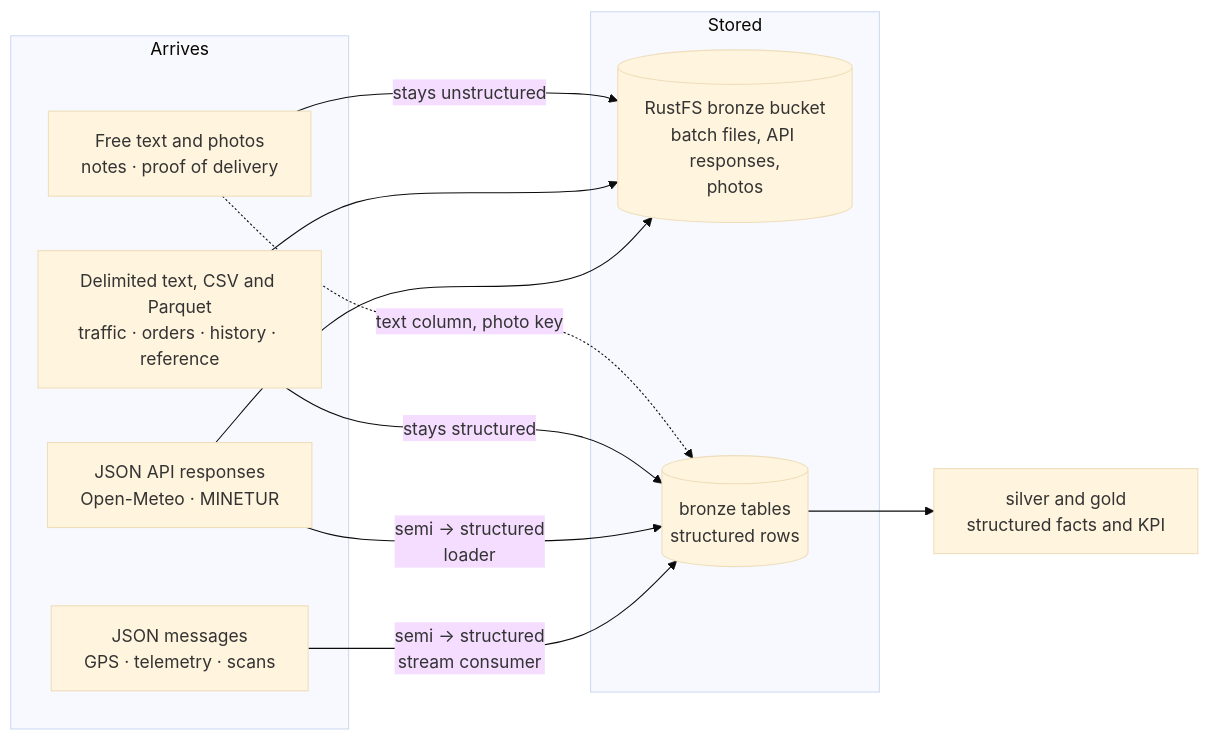
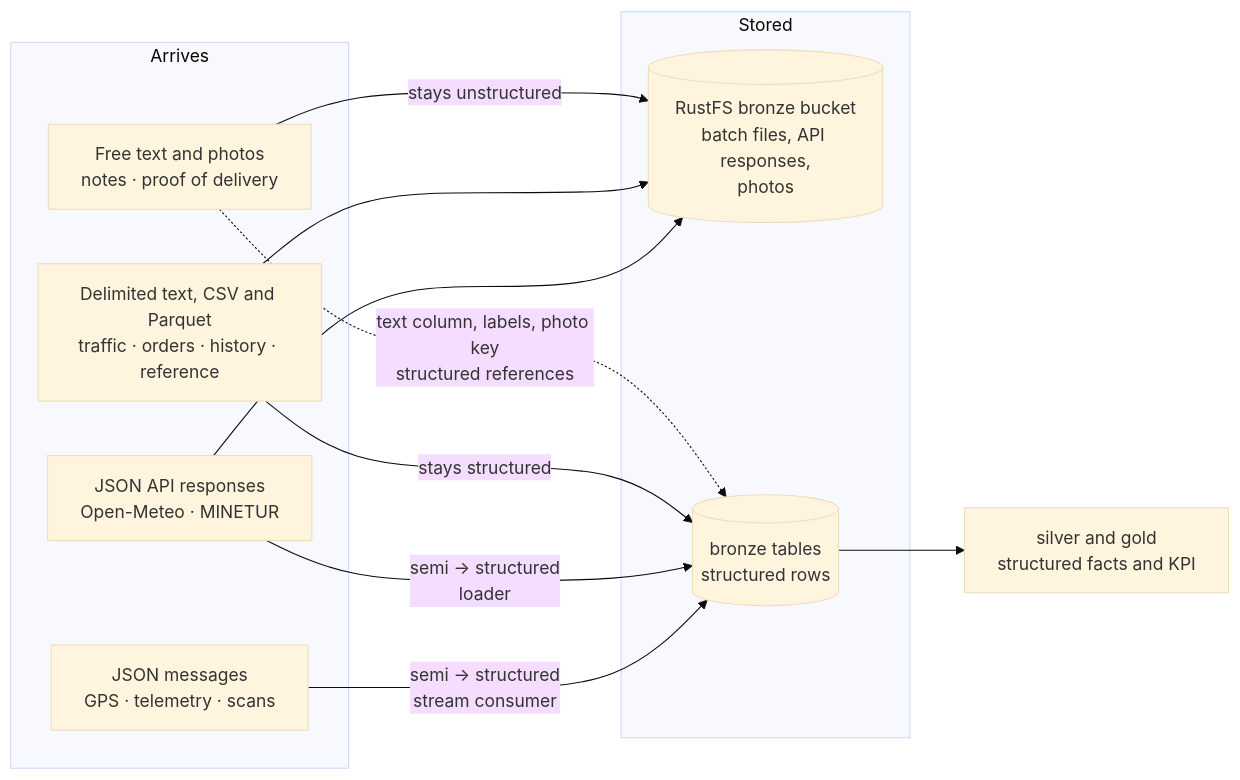
Before and after one commit to RogerTito455/datacycle-logistics-route-optimization: the diagram in docs/phases/2-classification.md, drawn with Mermaid (base theme). The commit also changed other lines of this file and 33 other files, not shown here.

````diff
--- a/docs/phases/2-classification.md
+++ b/docs/phases/2-classification.md
@@ -366,21 +436,21 @@
 ```mermaid
 flowchart LR
   subgraph Arrives
     J["JSON messages<br/>GPS · telemetry · scans"]
     A["JSON API responses<br/>Open-Meteo · MINETUR"]
     T["Delimited text, CSV and Parquet<br/>traffic · orders · history · reference"]
     N["Free text and photos<br/>notes · proof of delivery"]
   end
   subgraph Stored
     S3[("RustFS bronze bucket<br/>batch files, API responses,<br/>photos")]
     BR[("bronze tables<br/>structured rows")]
   end
   J -- "semi → structured<br/>stream consumer" --> BR
   A -- "semi → structured<br/>loader" --> BR
   A --> S3
   T -- "stays structured" --> BR
   T --> S3
   N -- "stays unstructured" --> S3
-  N -. "text column, photo key" .-> BR
+  N -. "text column, labels, photo key<br/>structured references" .-> BR
   BR --> SV["silver and gold<br/>structured facts and KPI"]
 ```
````
